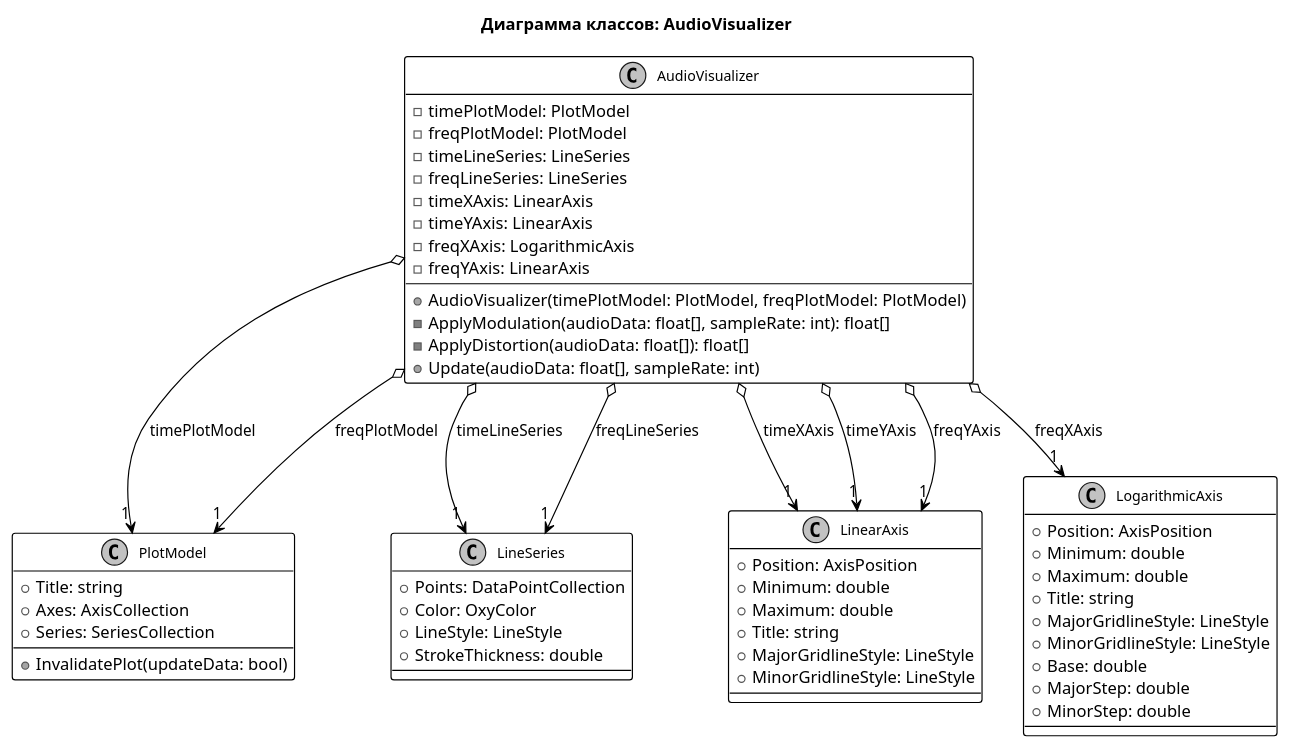
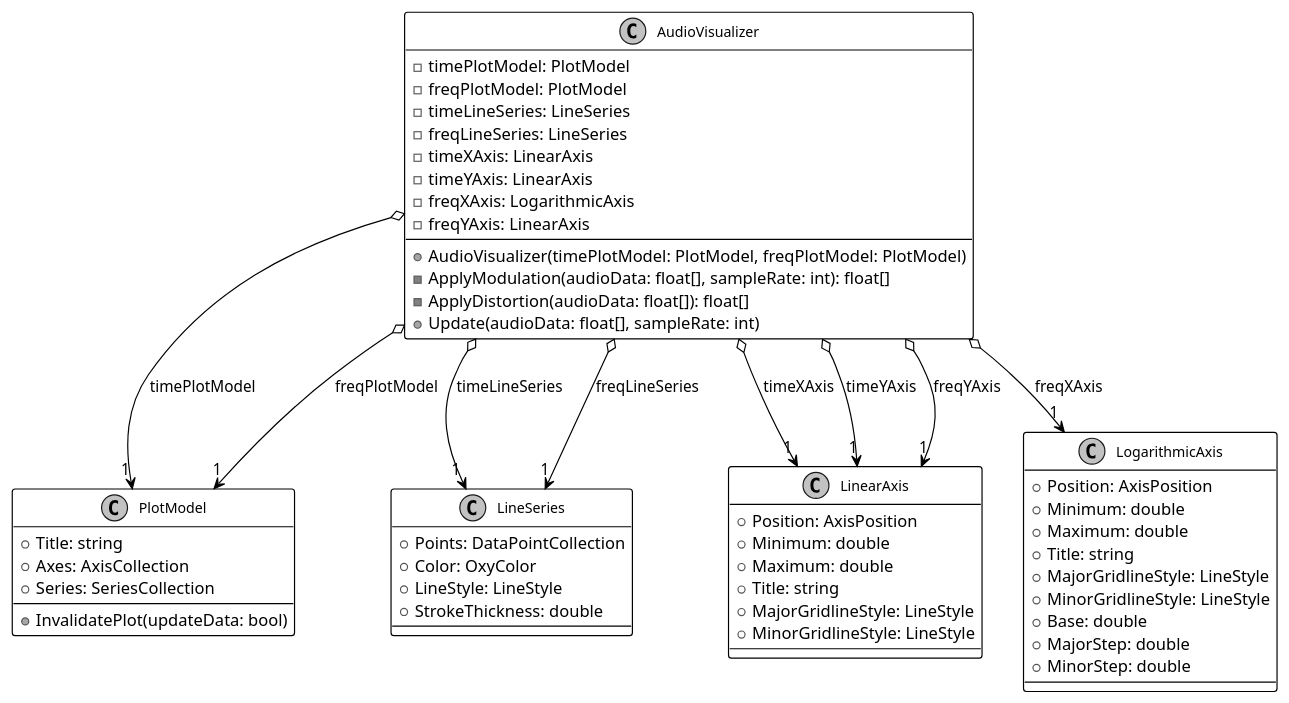
One commit to alex-pyslar/dream-synth changed the diagram in docs/AudioVisualizer/class.puml. Above: the diagram before and after it, drawn with PlantUML. The commit also changed 26 other files, not shown here.

Commit message:
Редактирование блок схем

```diff
--- a/docs/AudioVisualizer/class.puml
+++ b/docs/AudioVisualizer/class.puml
@@ -1,73 +1,71 @@
 @startuml ClassDiagramAudioVisualizer
 
 skinparam monochrome true
 skinparam shadowing false
 skinparam classFontSize 12
 skinparam classFontName Arial
 skinparam classBorderThickness 1
 skinparam classBackgroundColor none
 skinparam classBorderColor black
 skinparam ArrowColor black
-
-title Диаграмма классов: AudioVisualizer
 
 class AudioVisualizer {
   -timePlotModel: PlotModel
   -freqPlotModel: PlotModel
   -timeLineSeries: LineSeries
   -freqLineSeries: LineSeries
   -timeXAxis: LinearAxis
   -timeYAxis: LinearAxis
   -freqXAxis: LogarithmicAxis
   -freqYAxis: LinearAxis
   +AudioVisualizer(timePlotModel: PlotModel, freqPlotModel: PlotModel)
   -ApplyModulation(audioData: float[], sampleRate: int): float[]
   -ApplyDistortion(audioData: float[]): float[]
   +Update(audioData: float[], sampleRate: int)
 }
 
 class PlotModel {
   +Title: string
   +Axes: AxisCollection
   +Series: SeriesCollection
   +InvalidatePlot(updateData: bool)
 }
 
 class LineSeries {
   +Points: DataPointCollection
   +Color: OxyColor
   +LineStyle: LineStyle
   +StrokeThickness: double
 }
 
 class LinearAxis {
   +Position: AxisPosition
   +Minimum: double
   +Maximum: double
   +Title: string
   +MajorGridlineStyle: LineStyle
   +MinorGridlineStyle: LineStyle
 }
 
 class LogarithmicAxis {
   +Position: AxisPosition
   +Minimum: double
   +Maximum: double
   +Title: string
   +MajorGridlineStyle: LineStyle
   +MinorGridlineStyle: LineStyle
   +Base: double
   +MajorStep: double
   +MinorStep: double
 }
 
 AudioVisualizer o--> "1" PlotModel : timePlotModel
 AudioVisualizer o--> "1" PlotModel : freqPlotModel
 AudioVisualizer o--> "1" LineSeries : timeLineSeries
 AudioVisualizer o--> "1" LineSeries : freqLineSeries
 AudioVisualizer o--> "1" LinearAxis : timeXAxis
 AudioVisualizer o--> "1" LinearAxis : timeYAxis
 AudioVisualizer o--> "1" LogarithmicAxis : freqXAxis
 AudioVisualizer o--> "1" LinearAxis : freqYAxis
 
 @enduml
```
